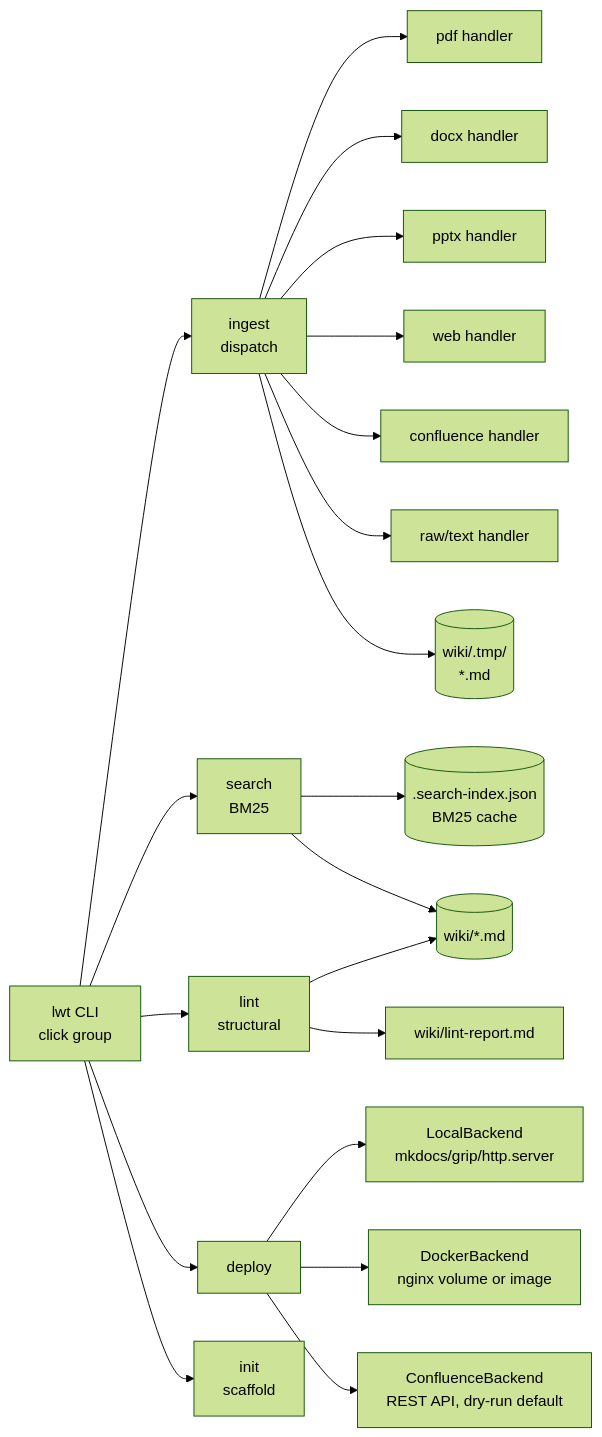
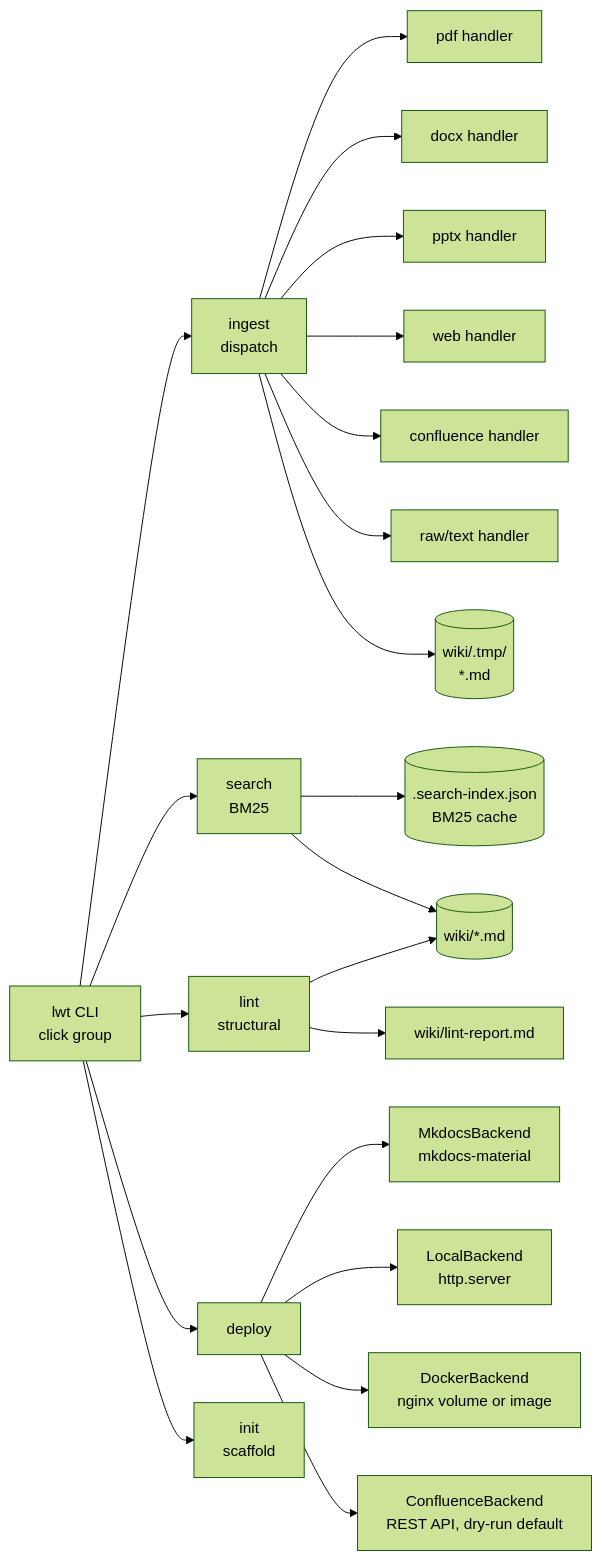
The second of 2 diagrams in docs/architecture.md (sfo2001/llm-wiki-tools), drawn with Mermaid (forest theme) before and after one commit. The commit also changed other lines of this file and 9 other files, not shown here.

````diff
--- a/docs/architecture.md
+++ b/docs/architecture.md
@@ -10,26 +27,27 @@
 ```mermaid
 flowchart LR
     CLI[lwt CLI<br/>click group] --> IN[ingest<br/>dispatch]
     CLI --> SR[search<br/>BM25]
     CLI --> LN[lint<br/>structural]
     CLI --> DP[deploy]
     CLI --> IT[init<br/>scaffold]
 
     IN --> PDF[pdf handler]
     IN --> DOCX[docx handler]
     IN --> PPTX[pptx handler]
     IN --> WEB[web handler]
     IN --> CF[confluence handler]
     IN --> RAW[raw/text handler]
     IN --> TMP[(wiki/.tmp/<br/>*.md)]
 
     SR --> IDX[(.search-index.json<br/>BM25 cache)]
     SR --> WIKI[(wiki/*.md)]
 
     LN --> WIKI
     LN --> LR[wiki/lint-report.md]
 
-    DP --> LB[LocalBackend<br/>mkdocs/grip/http.server]
+    DP --> MB[MkdocsBackend<br/>mkdocs-material]
+    DP --> LB[LocalBackend<br/>http.server]
     DP --> DB[DockerBackend<br/>nginx volume or image]
     DP --> CB[ConfluenceBackend<br/>REST API, dry-run default]
 ```
````
